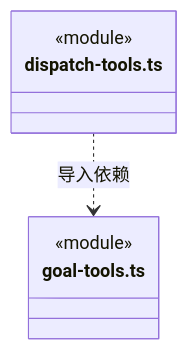
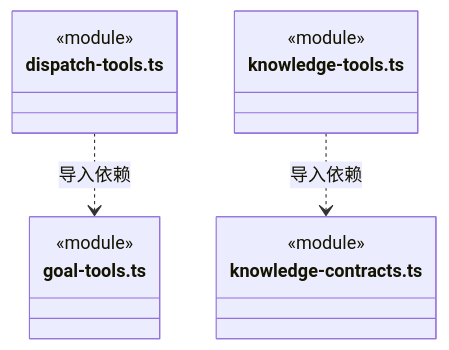
The sixth of 7 diagrams in src/backend/scheduler-engine/tools/ARCHITECTURE.md (nan023062/cbim), drawn with Mermaid before and after one commit. The commit also changed other lines of this file and 28 other files, not shown here.

````diff
--- a/src/backend/scheduler-engine/tools/ARCHITECTURE.md
+++ b/src/backend/scheduler-engine/tools/ARCHITECTURE.md
@@ -130,10 +143,17 @@
 ```mermaid
 classDiagram
 class N_src_backend_scheduler_engine_tools_dispatch_tools_ts["dispatch-tools.ts"] {
   <<module>>
 }
 class N_src_backend_scheduler_engine_tools_goal_tools_ts["goal-tools.ts"] {
   <<module>>
 }
+class N_src_backend_scheduler_engine_tools_knowledge_tools_ts["knowledge-tools.ts"] {
+  <<module>>
+}
+class N_src_backend_scheduler_engine_tools_knowledge_contracts_ts["knowledge-contracts.ts"] {
+  <<module>>
+}
 N_src_backend_scheduler_engine_tools_dispatch_tools_ts ..> N_src_backend_scheduler_engine_tools_goal_tools_ts : 导入依赖
+N_src_backend_scheduler_engine_tools_knowledge_tools_ts ..> N_src_backend_scheduler_engine_tools_knowledge_contracts_ts : 导入依赖
 ```
````
